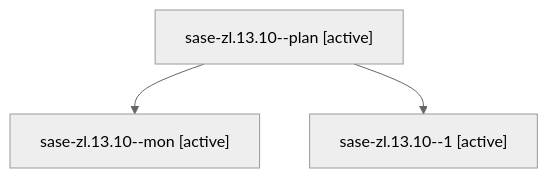
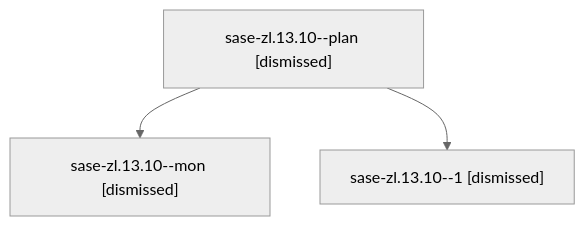
Before and after one commit to sase-org/sase--agents: the diagram in sessions/bbugyi200.athena.sase-zl.13.10.md, drawn with Mermaid (neutral theme). The commit also changed other lines of this file and 211 other files, not shown here.

````diff
--- a/sessions/bbugyi200.athena.sase-zl.13.10.md
+++ b/sessions/bbugyi200.athena.sase-zl.13.10.md
@@ -9,8 +9,8 @@
 ```mermaid
 flowchart TD
-  n0["sase-zl.13.10--plan [active]"]
-  n1["sase-zl.13.10--mon [active]"]
+  n0["sase-zl.13.10--plan [dismissed]"]
+  n1["sase-zl.13.10--mon [dismissed]"]
   n0 --> n1
-  n2["sase-zl.13.10--1 [active]"]
+  n2["sase-zl.13.10--1 [dismissed]"]
   n0 --> n2
 ```
````
